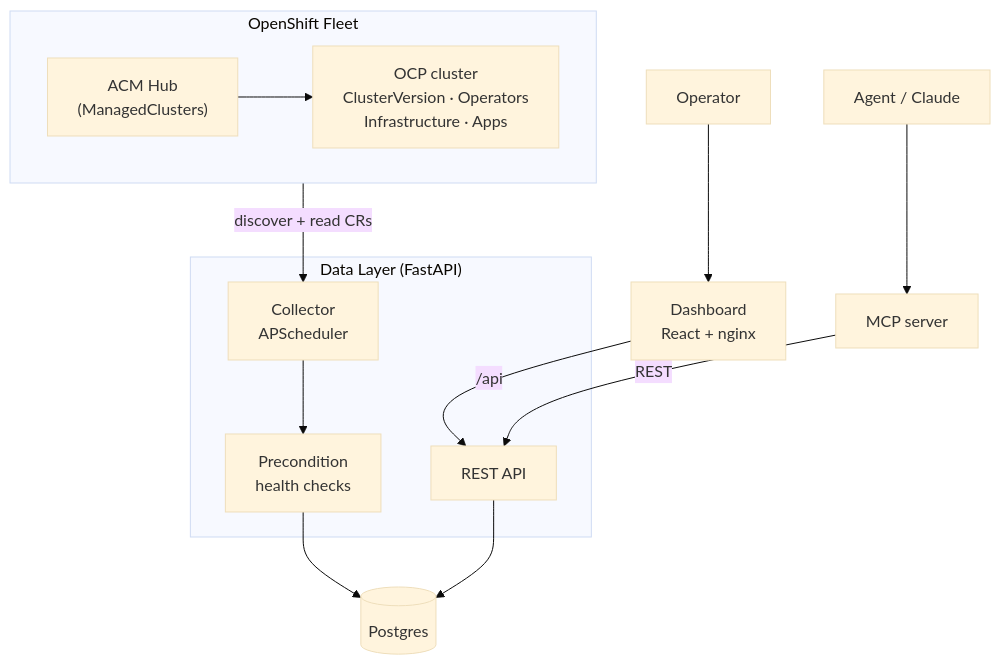
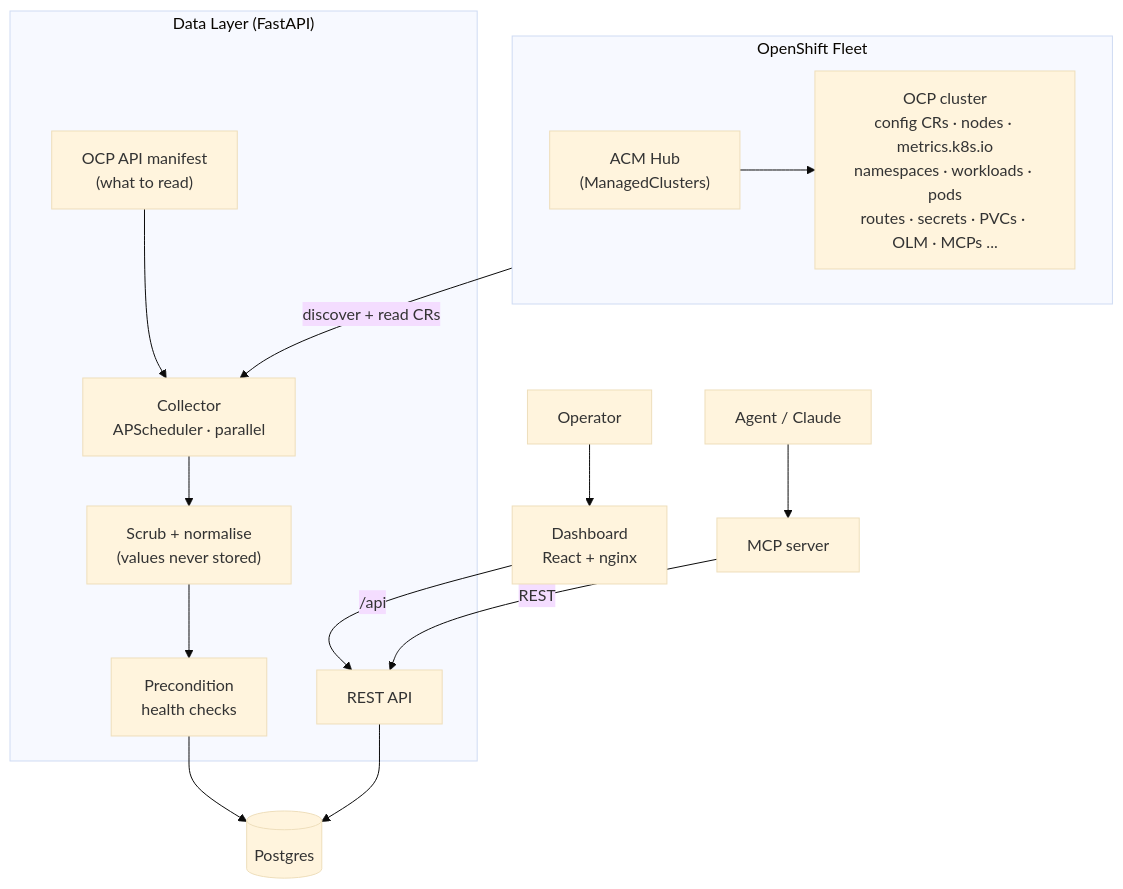
One commit to aasthapit/Operations-Data-Layer changed the first of 6 diagrams in docs/architecture.md. Above: the diagram before and after it, drawn with Mermaid (base theme). The commit also changed other lines of this file and 70 other files, not shown here.

First line of the commit message:
Add OCP API manifest, scrubbed inventory insights, and metrics from the OCP API

````diff
--- a/docs/architecture.md
+++ b/docs/architecture.md
@@ -14,31 +14,34 @@
 ```mermaid
 flowchart TB
   user["Operator"]
   agent["Agent / Claude"]
 
   subgraph fleet["OpenShift Fleet"]
     direction LR
     hub["ACM Hub<br/>(ManagedClusters)"]
-    ocp["OCP cluster<br/>ClusterVersion · Operators<br/>Infrastructure · Apps"]
+    ocp["OCP cluster<br/>config CRs · nodes · metrics.k8s.io<br/>namespaces · workloads · pods<br/>routes · secrets · PVCs · OLM · MCPs ..."]
     hub --> ocp
   end
 
   subgraph dl["Data Layer (FastAPI)"]
-    collector["Collector<br/>APScheduler"]
+    manifest["OCP API manifest<br/>(what to read)"]
+    collector["Collector<br/>APScheduler · parallel"]
+    scrub["Scrub + normalise<br/>(values never stored)"]
     checks["Precondition<br/>health checks"]
     api["REST API"]
-    collector --> checks
+    manifest --> collector
+    collector --> scrub --> checks
   end
 
   db[("Postgres")]
   dash["Dashboard<br/>React + nginx"]
   mcp["MCP server"]
 
   fleet -->|"discover + read CRs"| collector
   checks --> db
   api --> db
   dash -->|"/api"| api
   mcp -->|"REST"| api
   agent --> mcp
   user --> dash
 ```
````
